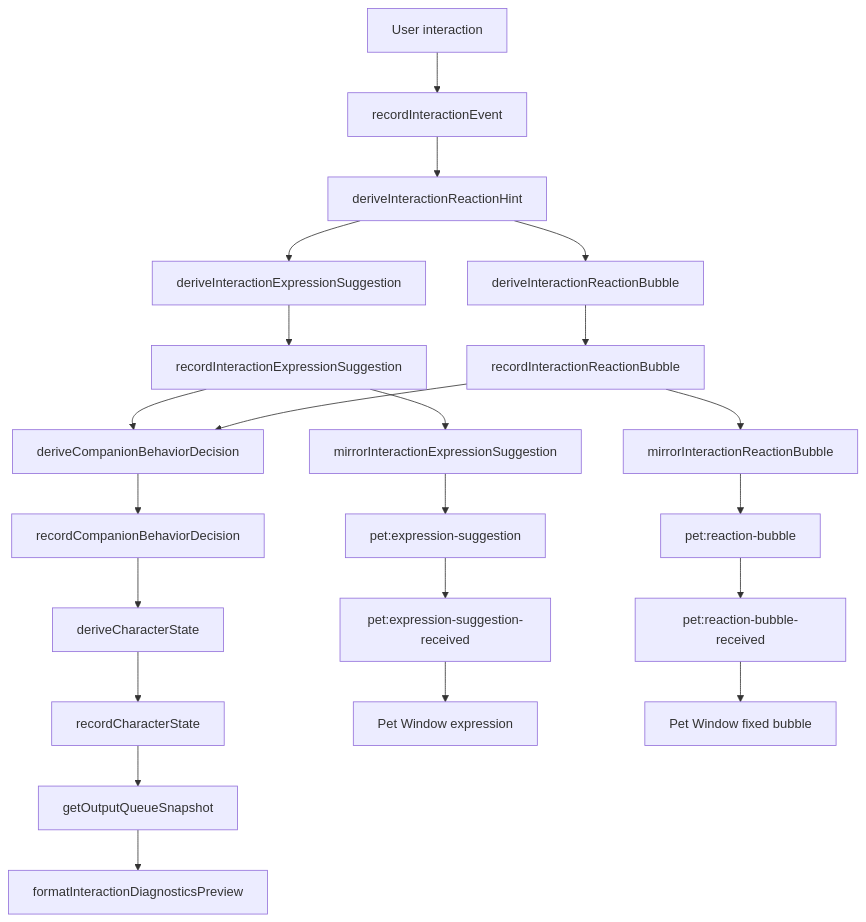
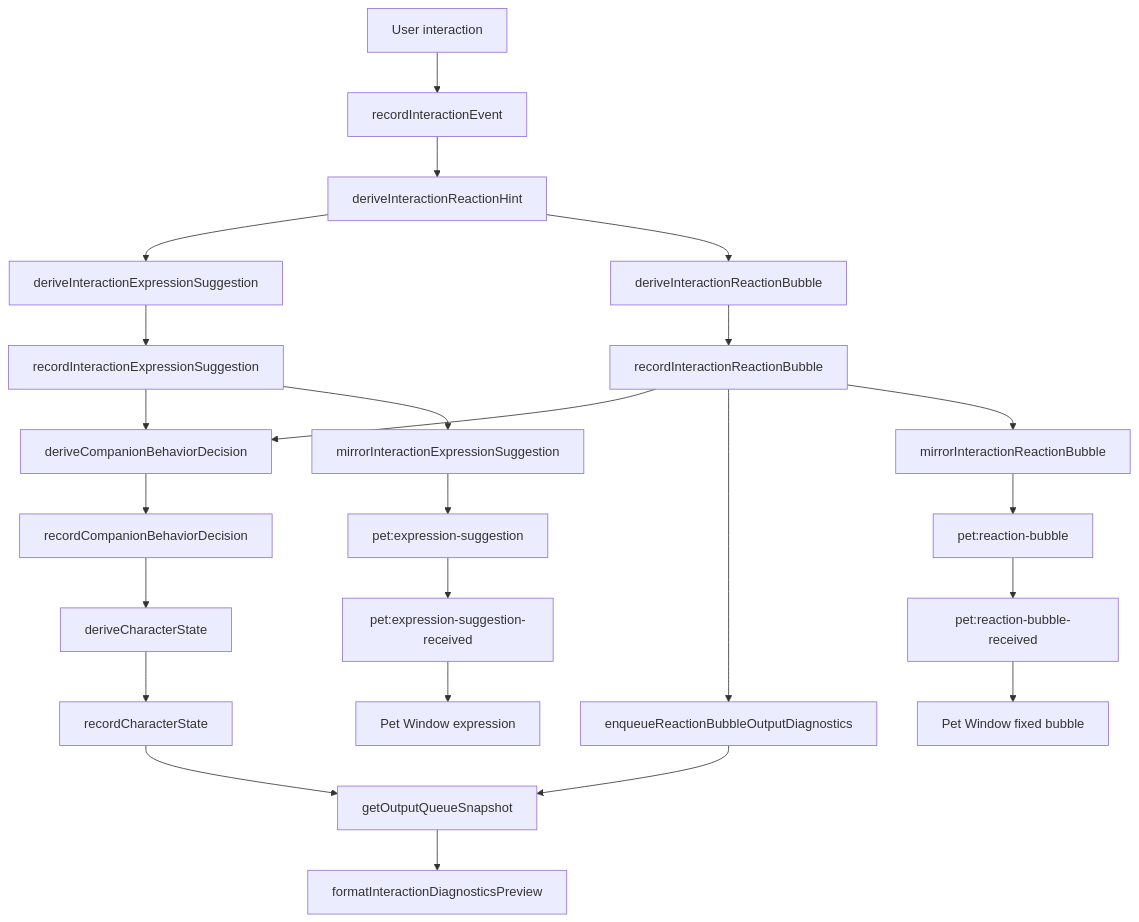
The diagram in docs/INTERACTIVE_COMPANION_ARCHITECTURE.md (RickHSIAO/Dragon-pet-AI), drawn with Mermaid before and after one commit. The commit also changed other lines of this file and 6 other files, not shown here.

Commit message:
feat: TASK-230 enqueue reaction bubble diagnostics

````diff
--- a/docs/INTERACTIVE_COMPANION_ARCHITECTURE.md
+++ b/docs/INTERACTIVE_COMPANION_ARCHITECTURE.md
@@ -68,24 +69,26 @@
 ```mermaid
 flowchart TD
   A[User interaction] --> B[recordInteractionEvent]
   B --> C[deriveInteractionReactionHint]
   C --> D[deriveInteractionExpressionSuggestion]
   C --> E[deriveInteractionReactionBubble]
   D --> F[recordInteractionExpressionSuggestion]
   E --> G[recordInteractionReactionBubble]
   F --> H[deriveCompanionBehaviorDecision]
   G --> H
   H --> I[recordCompanionBehaviorDecision]
   I --> R[deriveCharacterState]
   R --> S[recordCharacterState]
   S --> U[getOutputQueueSnapshot]
   U --> T[formatInteractionDiagnosticsPreview]
+  G --> V[enqueueReactionBubbleOutputDiagnostics]
+  V --> U
   F --> J[mirrorInteractionExpressionSuggestion]
   J --> K[pet:expression-suggestion]
   K --> L[pet:expression-suggestion-received]
   L --> M[Pet Window expression]
   G --> N[mirrorInteractionReactionBubble]
   N --> O[pet:reaction-bubble]
   O --> P[pet:reaction-bubble-received]
   P --> Q[Pet Window fixed bubble]
 ```
````
